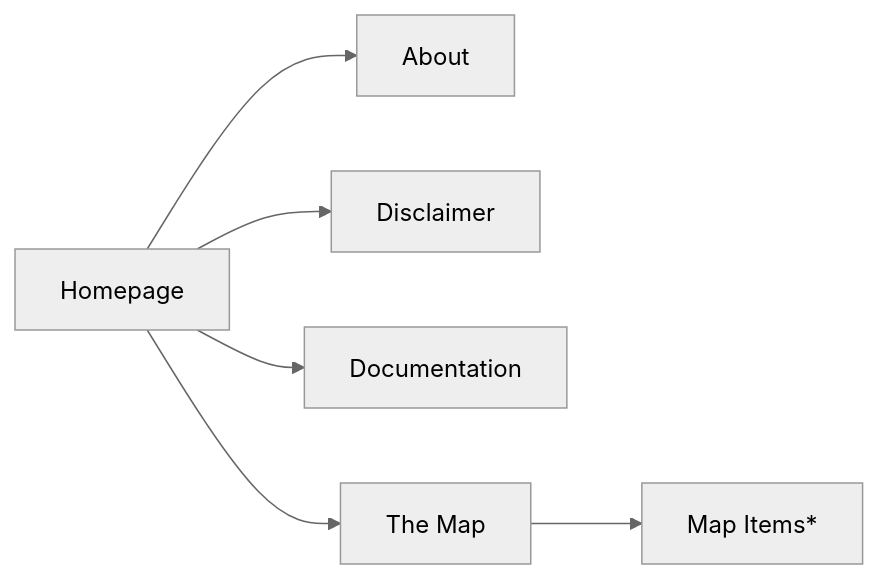
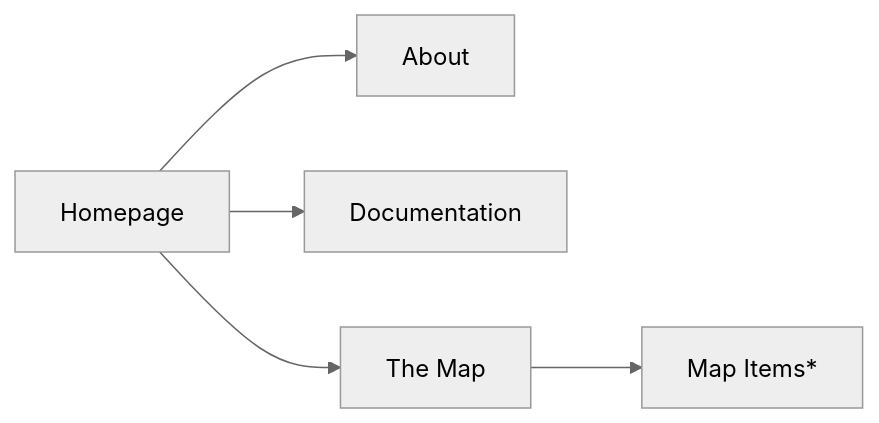
Before and after one commit to falaimo99/webdev: the first of 2 diagrams in pages/docs.md, drawn with Mermaid (neutral theme). The commit also changed other lines of this file and 7 other files, not shown here.

````diff
--- a/pages/docs.md
+++ b/pages/docs.md
@@ -67,10 +67,9 @@
 ```mermaid
 
 flowchart LR
     Homepage["Homepage"] --> n1["About"]
-    Homepage --> n2["Disclaimer"]
     Homepage --> n3["Documentation"]
     Homepage --> n4["The Map"]
     n4 --> n5["Map Items*"]
 
 ```
````
